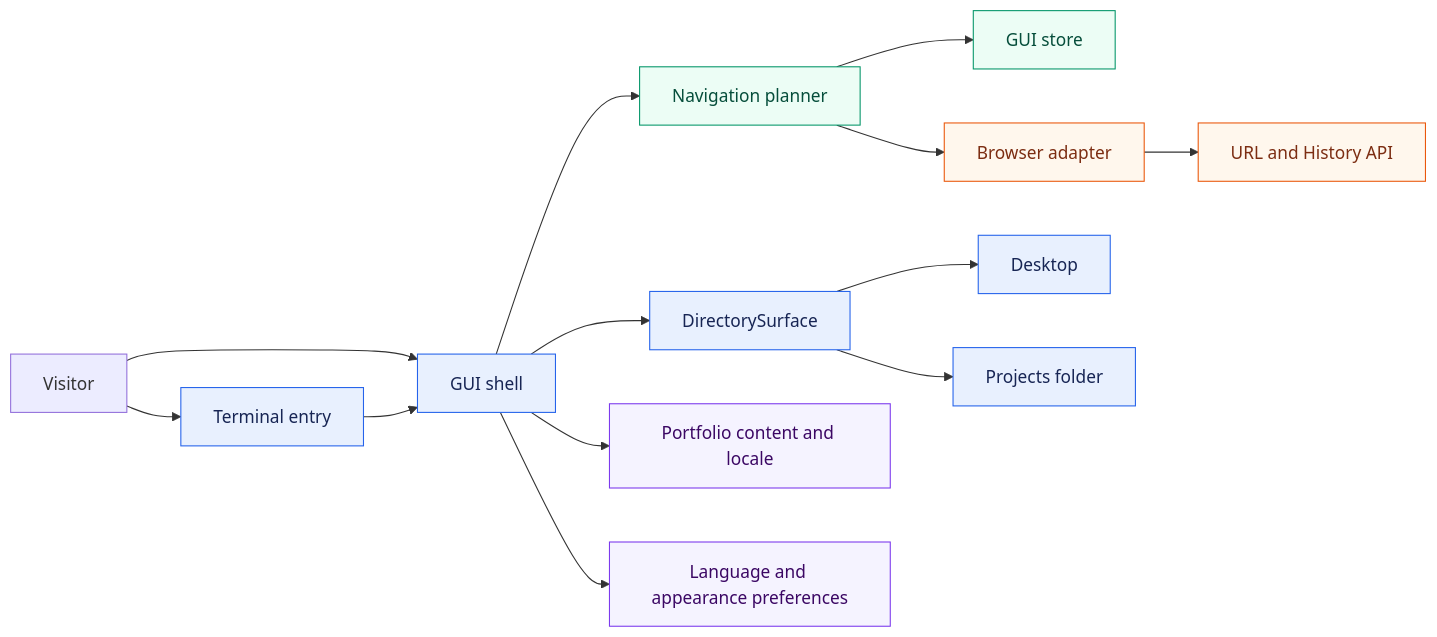
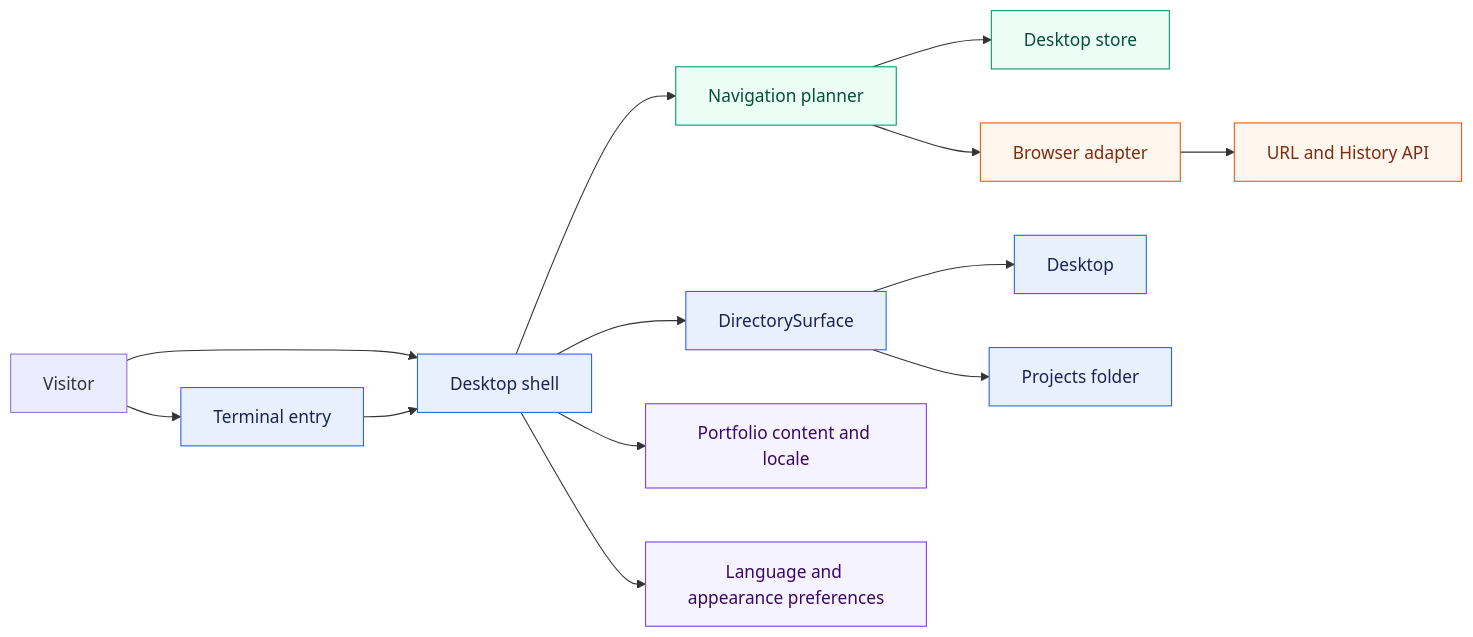
Before and after one commit to noonnofus/Portfolio-terminal-OS: the diagram in public/diagrams/portfolio-os-architecture.mmd, drawn with Mermaid. The commit also changed 187 other files, not shown here.

Commit message:
refactor: migrate GUI namespace to Desktop

```diff
--- a/public/diagrams/portfolio-os-architecture.mmd
+++ b/public/diagrams/portfolio-os-architecture.mmd
@@ -1,23 +1,23 @@
 flowchart LR
     Visitor[Visitor] --> Terminal[Terminal entry]
-    Visitor --> Gui[GUI shell]
-    Terminal --> Gui
-    Gui --> Planner[Navigation planner]
-    Planner --> Store[GUI store]
+    Visitor --> DesktopShell[Desktop shell]
+    Terminal --> DesktopShell
+    DesktopShell --> Planner[Navigation planner]
+    Planner --> Store[Desktop store]
     Planner --> Adapter[Browser adapter]
     Adapter --> History[URL and History API]
-    Gui --> Directory[DirectorySurface]
+    DesktopShell --> Directory[DirectorySurface]
     Directory --> Desktop[Desktop]
     Directory --> Projects[Projects folder]
-    Gui --> Content[Portfolio content and locale]
-    Gui --> Preferences[Language and appearance preferences]
+    DesktopShell --> Content[Portfolio content and locale]
+    DesktopShell --> Preferences[Language and appearance preferences]
 
     classDef shell fill:#e8f0fe,stroke:#2563eb,color:#172554
     classDef state fill:#ecfdf5,stroke:#059669,color:#064e3b
     classDef browser fill:#fff7ed,stroke:#ea580c,color:#7c2d12
     classDef data fill:#f5f3ff,stroke:#7c3aed,color:#3b0764
 
-    class Terminal,Gui,Directory,Desktop,Projects shell
+    class Terminal,DesktopShell,Directory,Desktop,Projects shell
     class Planner,Store state
     class Adapter,History browser
     class Content,Preferences data
```
